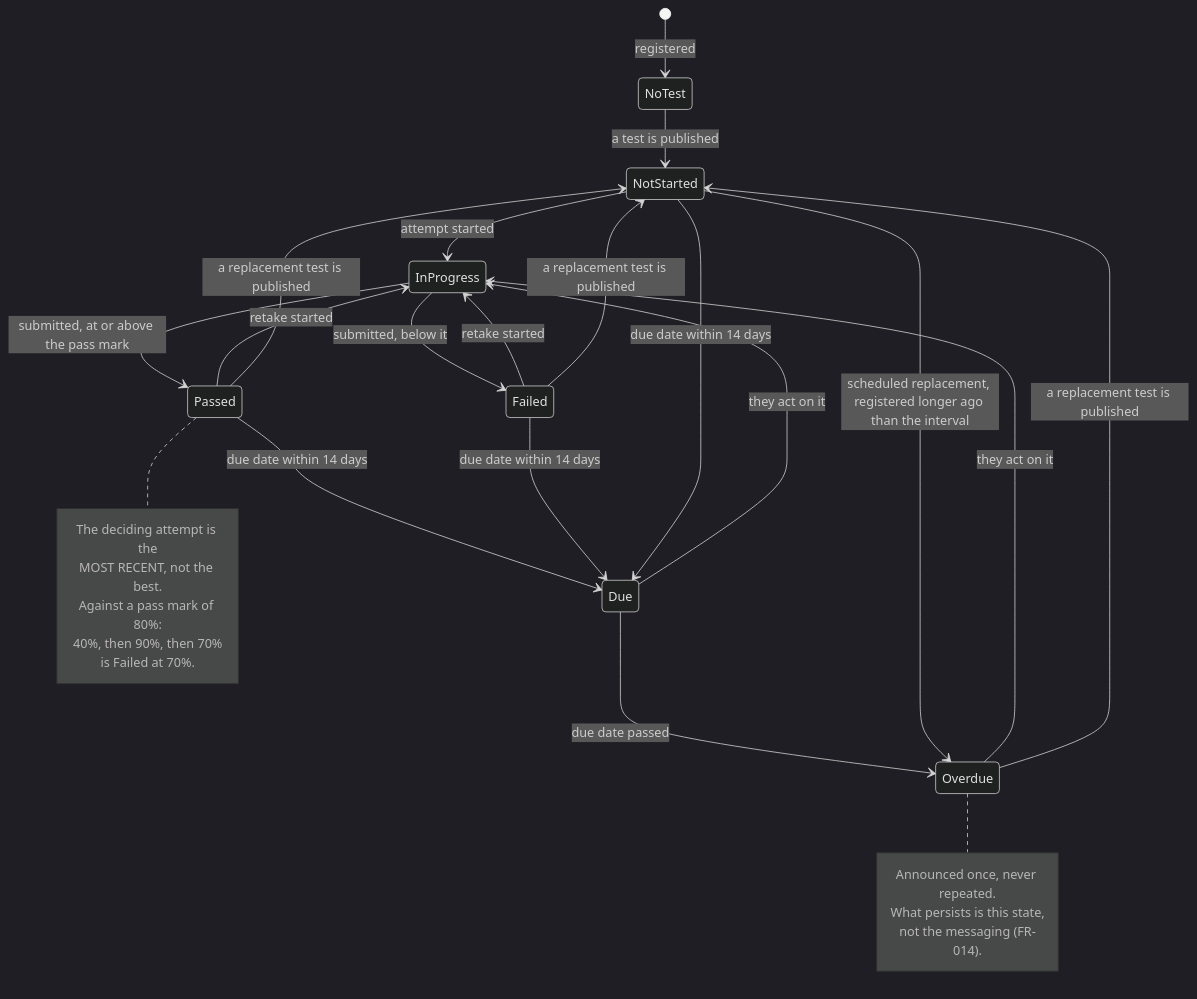
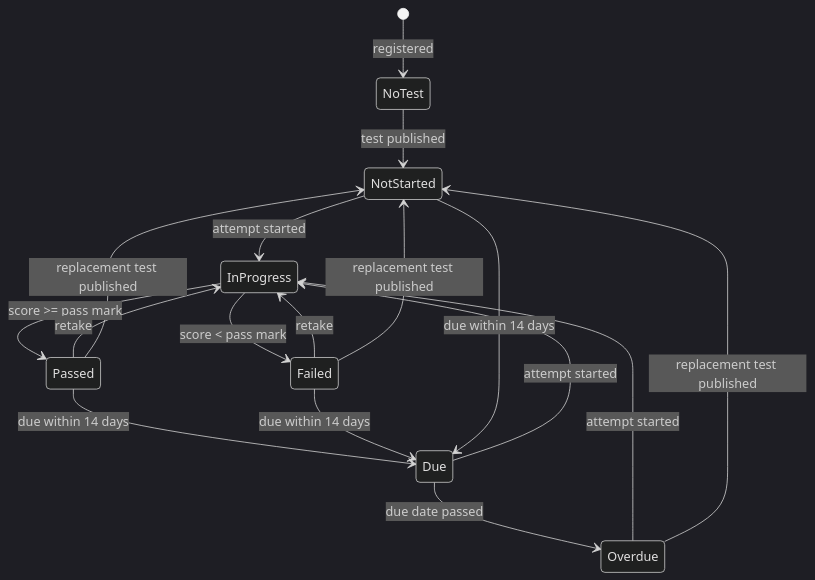
The sixth of 10 diagrams in docs/system-analysis-and-design.md (xTurki/awarness_project), drawn with Mermaid (dark theme) before and after one commit. The commit also changed other lines of this file and 147 other files, not shown here.

````diff
--- a/docs/system-analysis-and-design.md
+++ b/docs/system-analysis-and-design.md
@@ -690,39 +519,19 @@
 ```mermaid
 stateDiagram-v2
     [*] --> NoTest : registered
-
-    NoTest --> NotStarted : a test is published
+    NoTest --> NotStarted : test published
     NotStarted --> InProgress : attempt started
-    InProgress --> Passed : submitted, at or above the pass mark
-    InProgress --> Failed : submitted, below it
-
-    Passed --> InProgress : retake started
-    Failed --> InProgress : retake started
-
-    Passed --> Due : due date within 14 days
-    Failed --> Due : due date within 14 days
-    NotStarted --> Due : due date within 14 days
-
+    InProgress --> Passed : score >= pass mark
+    InProgress --> Failed : score < pass mark
+    Passed --> InProgress : retake
+    Failed --> InProgress : retake
+    Passed --> Due : due within 14 days
+    Failed --> Due : due within 14 days
+    NotStarted --> Due : due within 14 days
     Due --> Overdue : due date passed
-    Due --> InProgress : they act on it
-    Overdue --> InProgress : they act on it
-
-    Passed --> NotStarted : a replacement test is published
-    Failed --> NotStarted : a replacement test is published
-    Overdue --> NotStarted : a replacement test is published
-    NotStarted --> Overdue : scheduled replacement, registered longer ago than the interval
-
-    note right of Passed
-        The deciding attempt is the
-        MOST RECENT, not the best.
-        Against a pass mark of 80%:
-        40%, then 90%, then 70%
-        is Failed at 70%.
-    end note
-
-    note right of Overdue
-        Announced once, never repeated.
-        What persists is this state,
-        not the messaging (FR-014).
-    end note
+    Due --> InProgress : attempt started
+    Overdue --> InProgress : attempt started
+    Passed --> NotStarted : replacement test published
+    Failed --> NotStarted : replacement test published
+    Overdue --> NotStarted : replacement test published
 ```
````
